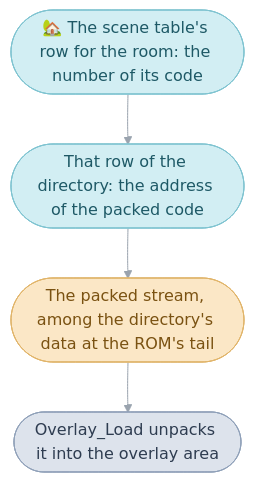
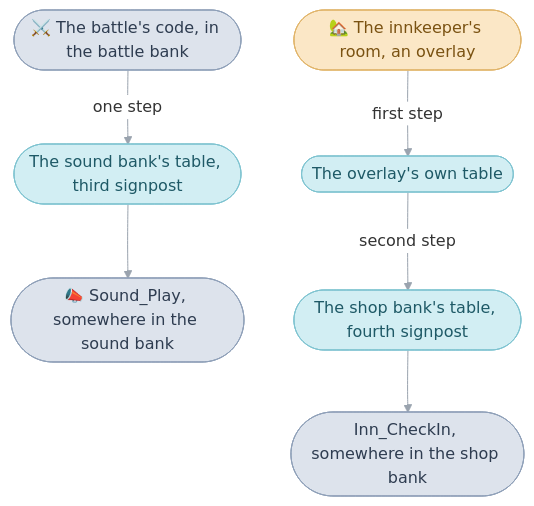
One commit to PascalPixel/alchemy changed the second of 2 diagrams in games/tbs/src/gamepak/README.md. Above: the diagram before and after it, drawn with Mermaid. The commit also changed other lines of this file and 20 other files, not shown here.

````diff
--- a/games/tbs/src/gamepak/README.md
+++ b/games/tbs/src/gamepak/README.md
@@ -178,13 +359,15 @@
 ```mermaid
 %%{init: {"theme": "base", "themeVariables": {"lineColor": "#9AA3AE", "edgeLabelBackground": "#FFFFFF"}, "flowchart": {"curve": "basis", "padding": 12}}}%%
 flowchart TD
-  scene(["🏡 The scene table's row for the room: the number of its code"]) --> row(["That row of the directory: the address of the packed code"])
-  row --> stream(["The packed stream, among the directory's data at the ROM's tail"])
-  stream --> load(["Overlay_Load unpacks it into the overlay area"])
+  battle(["⚔️ The battle's code, in the battle bank"]) -- "one step" --> soundrow(["The sound bank's table, third signpost"])
+  soundrow --> sound(["📣 Sound_Play, somewhere in the sound bank"])
+  inn(["🏡 The innkeeper's room, an overlay"]) -- "first step" --> import(["The overlay's own table"])
+  import -- "second step" --> shoprow(["The shop bank's table, fourth signpost"])
+  shoprow --> checkin(["Inn_CheckIn, somewhere in the shop bank"])
+  classDef image fill:#DDE3EC,stroke:#8FA0B8,color:#2E3C50
   classDef table fill:#D2EEF3,stroke:#7FC3D0,color:#1E5966
   classDef hardware fill:#FBE7C6,stroke:#E0B46A,color:#7A5212
-  classDef image fill:#DDE3EC,stroke:#8FA0B8,color:#2E3C50
-  class scene,row table
-  class stream hardware
-  class load image
+  class battle,sound,checkin image
+  class soundrow,shoprow,import table
+  class inn hardware
 ```
````
